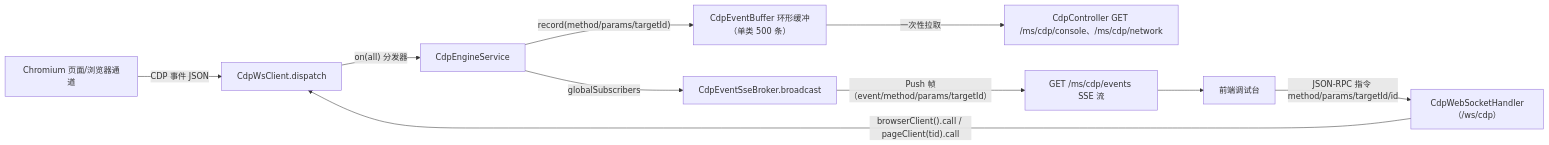
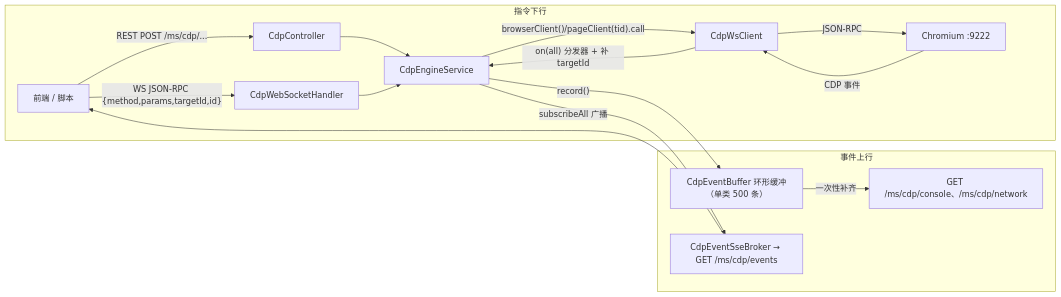
One commit to CHTK001/spring-support-parent-starter changed the second of 2 diagrams in spring-support-cdp-starter/README.md. Above: the diagram before and after it, drawn with Mermaid. The commit also changed other lines of this file and 54 other files, not shown here.

````diff
--- a/spring-support-cdp-starter/README.md
+++ b/spring-support-cdp-starter/README.md
@@ -108,12 +57,19 @@
 ```mermaid
 flowchart LR
-    CHROME["Chromium 页面/浏览器通道"] -->|"CDP 事件 JSON"| CLIENT["CdpWsClient.dispatch"]
-    CLIENT -->|"on(all) 分发器"| ENGINE["CdpEngineService"]
-    ENGINE -->|"record(method/params/targetId)"| BUFFER["CdpEventBuffer 环形缓冲（单类 500 条）"]
-    ENGINE -->|"globalSubscribers"| BROKER["CdpEventSseBroker.broadcast"]
-    BUFFER -->|"一次性拉取"| REST["CdpController GET /ms/cdp/console、/ms/cdp/network"]
-    BROKER -->|"Push 帧（event/method/params/targetId）"| SSE["GET /ms/cdp/events SSE 流"]
-    SSE --> FE["前端调试台"]
-    FE -->|"JSON-RPC 指令 method/params/targetId/id"| WSH["CdpWebSocketHandler（/ws/cdp）"]
-    WSH -->|"browserClient().call / pageClient(tid).call"| CLIENT
+    subgraph cmd["指令下行"]
+        FE2["前端 / 脚本"] -->|"REST POST /ms/cdp/..."| CTRL2["CdpController"]
+        FE2 -->|"WS JSON-RPC {method,params,targetId,id}"| WSH2["CdpWebSocketHandler"]
+        CTRL2 --> ENGINE2["CdpEngineService"]
+        WSH2 --> ENGINE2
+        ENGINE2 -->|"browserClient()/pageClient(tid).call"| CLIENT2["CdpWsClient"]
+        CLIENT2 -->|"JSON-RPC"| CHROME2["Chromium :9222"]
+    end
+    subgraph evt["事件上行"]
+        CHROME2 -->|"CDP 事件"| CLIENT2
+        CLIENT2 -->|"on(all) 分发器 + 补 targetId"| ENGINE2
+        ENGINE2 -->|"record()"| BUFFER2["CdpEventBuffer 环形缓冲（单类 500 条）"]
+        ENGINE2 -->|"subscribeAll 广播"| SSE["CdpEventSseBroker → GET /ms/cdp/events"]
+        BUFFER2 -->|"一次性补齐"| REST2["GET /ms/cdp/console、/ms/cdp/network"]
+        SSE --> FE2
+    end
 ```
````
